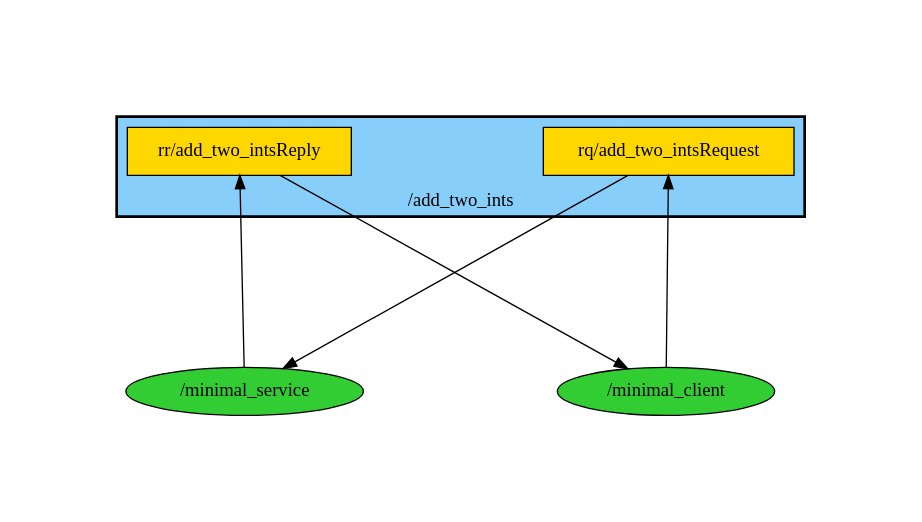
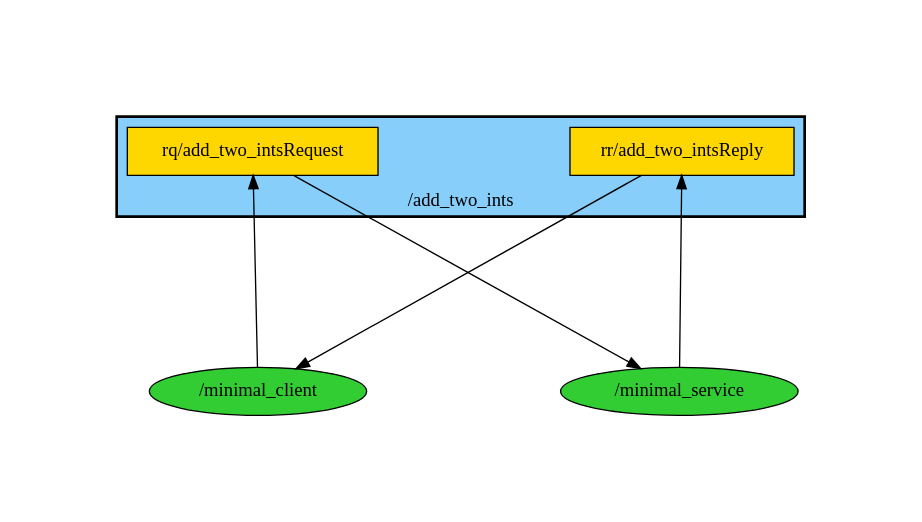
The diagram in services_minimal/graph/graph.dot (lisa-analyzer/lisa4ros2-fe), drawn with Graphviz before and after one commit. The commit also changed 1591 other files, not shown here.

```diff
--- a/services_minimal/graph/graph.dot
+++ b/services_minimal/graph/graph.dot
@@ -1,1 +1,1 @@
-digraph rosgraph {graph [pad="1", nodesep="2", rankdir="BT", ranksep="2"];"/minimal_service"[style=filled,fillcolor="limegreen"];"/minimal_client"[style=filled,fillcolor="limegreen"];subgraph cluster_0 { style=filled;fillcolor="lightskyblue";penwidth=2;label="/add_two_ints";"rq/add_two_intsRequest"[shape=box,style=filled,fillcolor="gold"];"rr/add_two_intsReply"[shape=box,style=filled,fillcolor="gold"];}subgraph cluster_1 { style=filled;fillcolor="lightskyblue";penwidth=2;label="/add_two_ints";"rq/add_two_intsRequest"[shape=box,style=filled,fillcolor="gold"];"rr/add_two_intsReply"[shape=box,style=filled,fillcolor="gold"];}"rq/add_two_intsRequest" -> "/minimal_service""/minimal_service" -> "rr/add_two_intsReply""rr/add_two_intsReply" -> "/minimal_client""/minimal_client" -> "rq/add_two_intsRequest"}
+digraph rosgraph {graph [pad="1", nodesep="2", rankdir="BT", ranksep="2"];"/minimal_client"[style=filled,fillcolor="limegreen"];"/minimal_service"[style=filled,fillcolor="limegreen"];subgraph cluster_0 { style=filled;fillcolor="lightskyblue";penwidth=2;label="/add_two_ints";"rr/add_two_intsReply"[shape=box,style=filled,fillcolor="gold"];"rq/add_two_intsRequest"[shape=box,style=filled,fillcolor="gold"];"rr/add_two_intsReply"[shape=box,style=filled,fillcolor="gold"];"rq/add_two_intsRequest"[shape=box,style=filled,fillcolor="gold"];}"rr/add_two_intsReply" -> "/minimal_client""/minimal_client" -> "rq/add_two_intsRequest""/minimal_service" -> "rr/add_two_intsReply""rq/add_two_intsRequest" -> "/minimal_service"}
```
